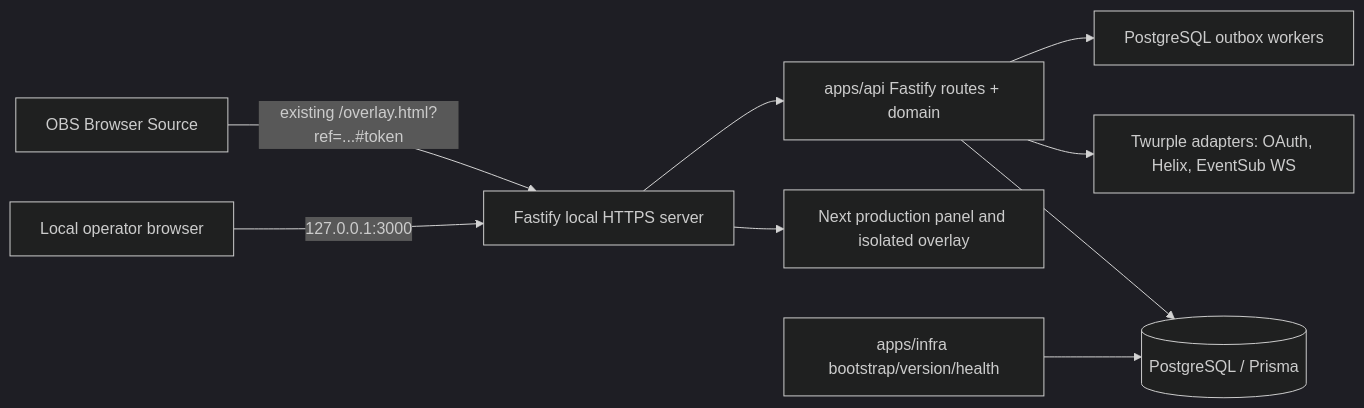
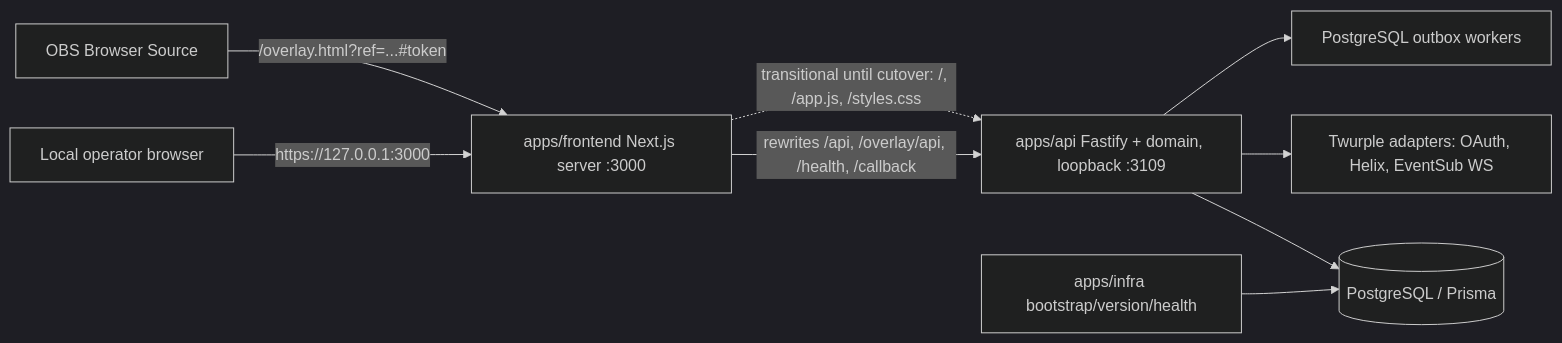
Before and after one commit to gustavo8000br/subarushogun_gi_twich_bot: the diagram in docs/fullstack-architecture/runtime-topology.md, drawn with Mermaid (dark theme). The commit also changed other lines of this file and 131 other files, not shown here.

First line of the commit message:
feat(ops-15): move shared panel modules to apps/shared and advance Next parity

````diff
--- a/docs/fullstack-architecture/runtime-topology.md
+++ b/docs/fullstack-architecture/runtime-topology.md
@@ -5,11 +5,11 @@
 ```mermaid
 flowchart LR
-  Browser[Local operator browser] -->|127.0.0.1:3000| Fastify[Fastify local HTTPS server]
-  OBS[OBS Browser Source] -->|existing /overlay.html?ref=...#token| Fastify
-  Fastify --> Web[Next production panel and isolated overlay]
-  Fastify --> API[apps/api Fastify routes + domain]
+  Browser[Local operator browser] -->|https://127.0.0.1:3000| Next[apps/frontend Next.js server :3000]
+  OBS[OBS Browser Source] -->|/overlay.html?ref=...#token| Next
+  Next -->|rewrites /api, /overlay/api, /health, /callback| API[apps/api Fastify + domain, loopback :3109]
+  Next -.->|transitional until cutover: /, /app.js, /styles.css| API
   API --> DB[(PostgreSQL / Prisma)]
   API --> Twitch[Twurple adapters: OAuth, Helix, EventSub WS]
   API --> Outbox[PostgreSQL outbox workers]
   Infra[apps/infra bootstrap/version/health] --> DB
 ```
````
